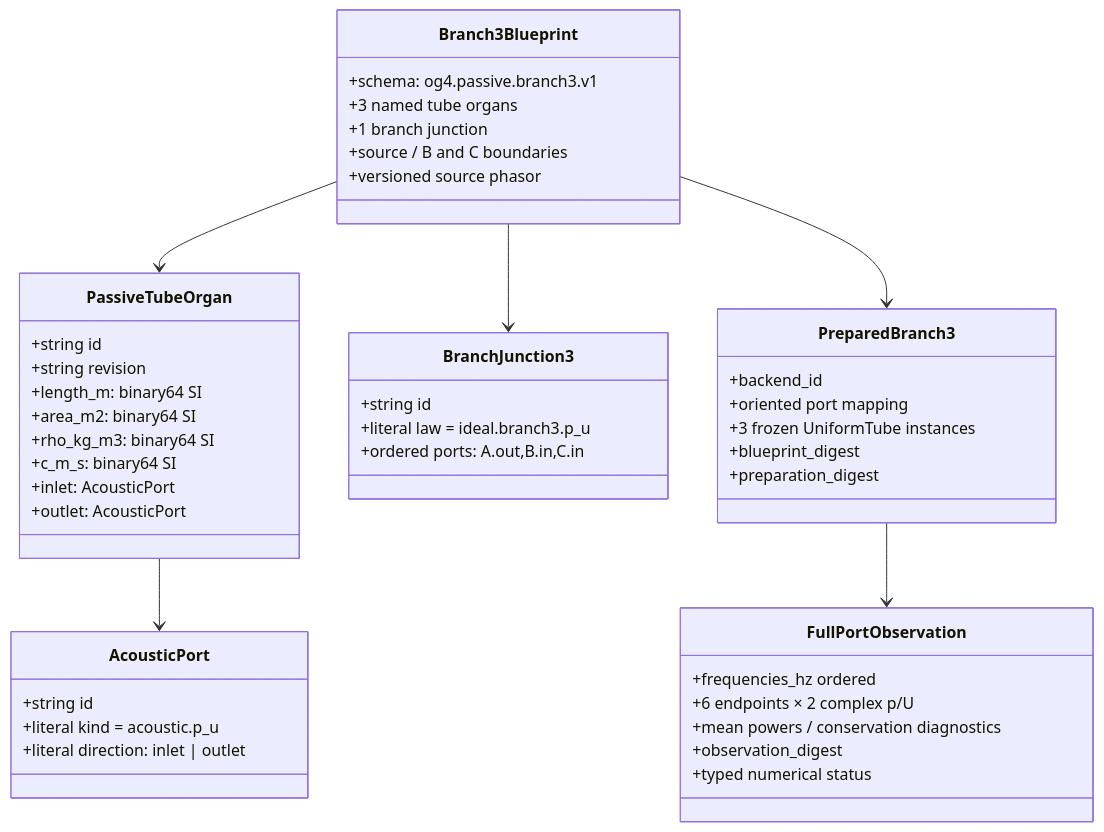
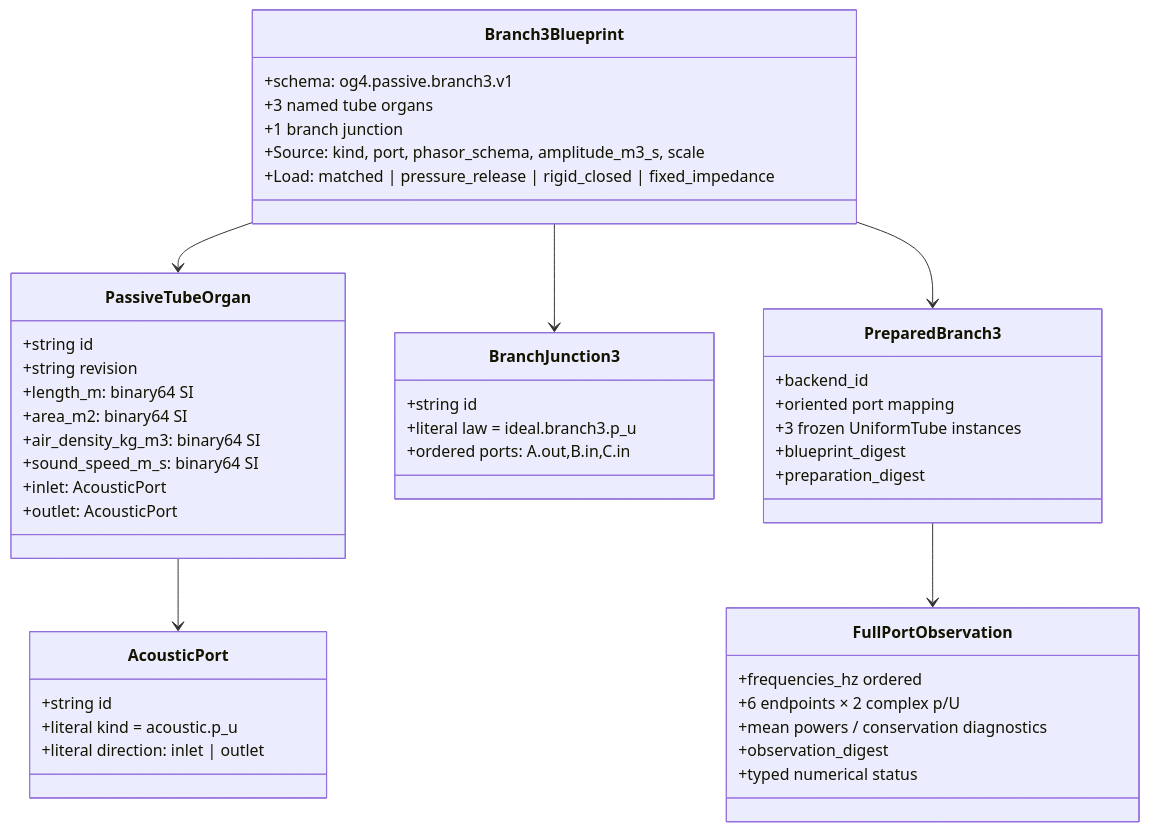
Before and after one commit to ryonakayama234/morphoacoustics: the third of 3 diagrams in docs/research/og4-three-port-public-preparation-rfc.md, drawn with Mermaid. The commit also changed other lines of this file and 9 other files, not shown here.

````diff
--- a/docs/research/og4-three-port-public-preparation-rfc.md
+++ b/docs/research/og4-three-port-public-preparation-rfc.md
@@ -31,49 +31,49 @@
 ```mermaid
 classDiagram
  class AcousticPort {
    +string id
    +literal kind = acoustic.p_u
    +literal direction: inlet | outlet
  }
  class PassiveTubeOrgan {
    +string id
    +string revision
    +length_m: binary64 SI
    +area_m2: binary64 SI
-   +rho_kg_m3: binary64 SI
-   +c_m_s: binary64 SI
+   +air_density_kg_m3: binary64 SI
+   +sound_speed_m_s: binary64 SI
    +inlet: AcousticPort
    +outlet: AcousticPort
  }
  class BranchJunction3 {
    +string id
    +literal law = ideal.branch3.p_u
    +ordered ports: A.out,B.in,C.in
  }
  class Branch3Blueprint {
    +schema: og4.passive.branch3.v1
    +3 named tube organs
    +1 branch junction
-   +source / B and C boundaries
-   +versioned source phasor
+   +Source: kind, port, phasor_schema, amplitude_m3_s, scale
+   +Load: matched | pressure_release | rigid_closed | fixed_impedance
  }
  class PreparedBranch3 {
    +backend_id
    +oriented port mapping
    +3 frozen UniformTube instances
    +blueprint_digest
    +preparation_digest
  }
  class FullPortObservation {
    +frequencies_hz ordered
    +6 endpoints × 2 complex p/U
    +mean powers / conservation diagnostics
    +observation_digest
    +typed numerical status
  }
  Branch3Blueprint --> PassiveTubeOrgan
  PassiveTubeOrgan --> AcousticPort
  Branch3Blueprint --> BranchJunction3
  Branch3Blueprint --> PreparedBranch3
  PreparedBranch3 --> FullPortObservation
 ```
````
